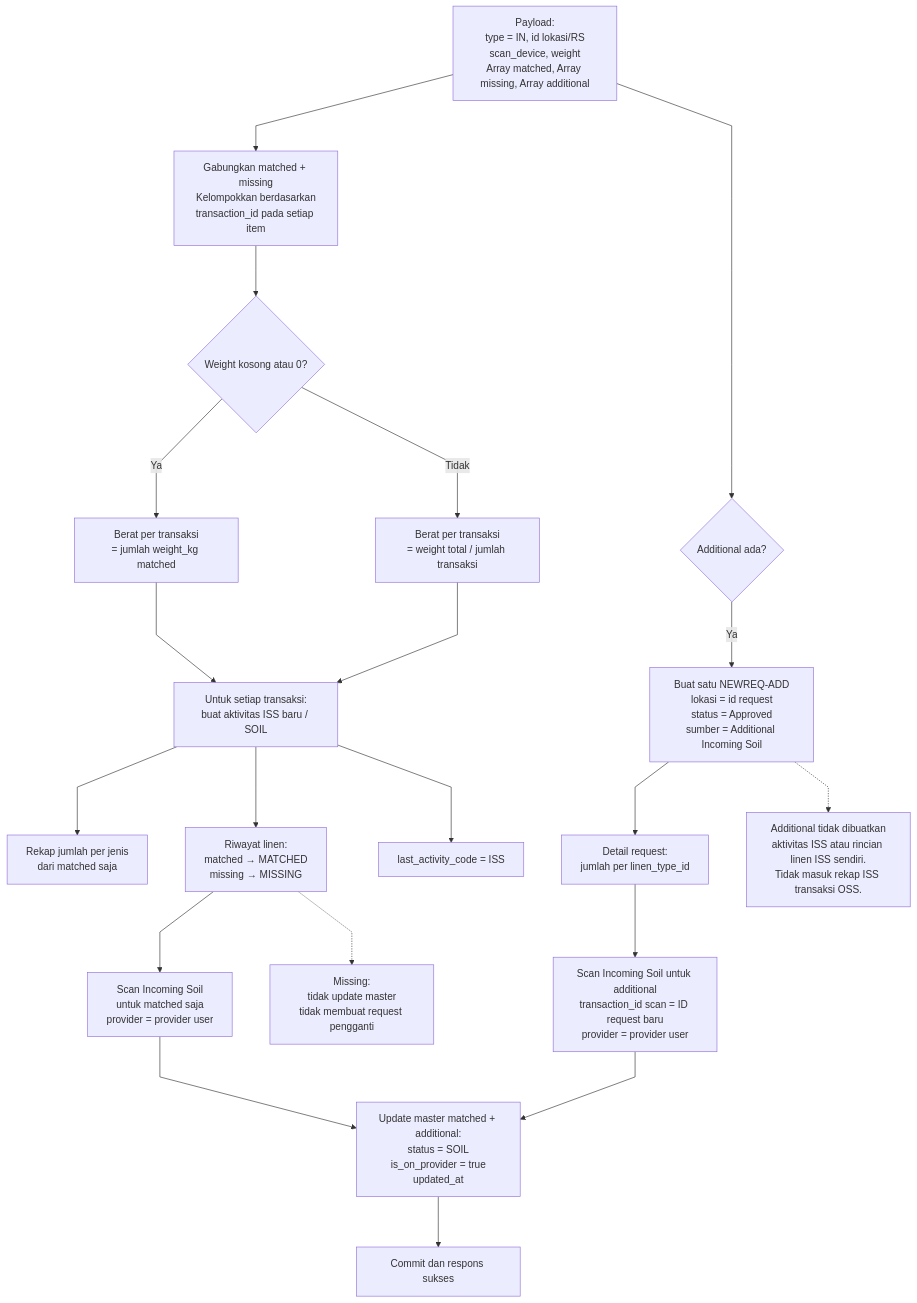
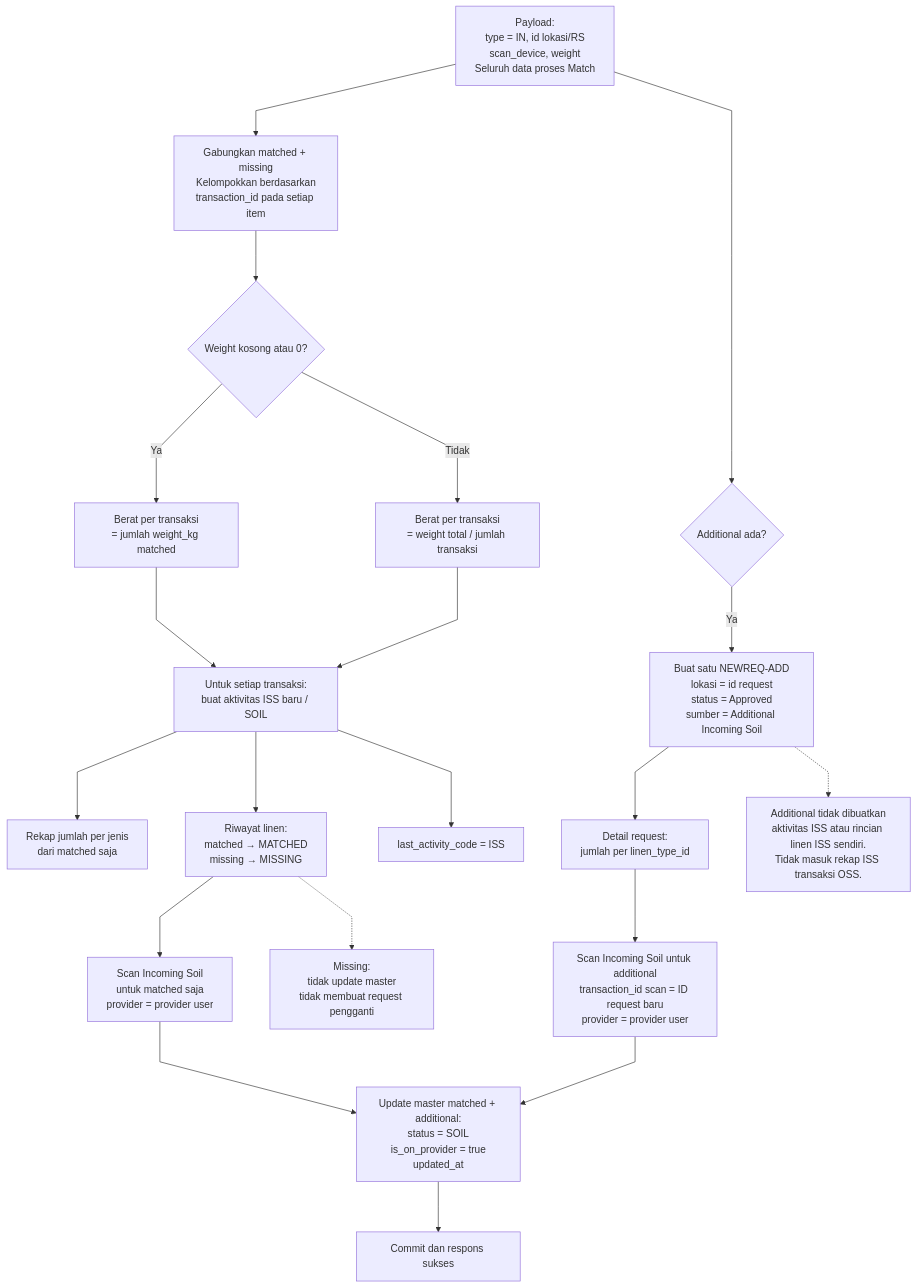
One commit to bagaskrmn/bac-flow-laundry changed the second of 3 diagrams in laundry-activities/incoming-soil.md. Above: the diagram before and after it, drawn with Mermaid. The commit also changed other lines of this file, not shown here.

````diff
--- a/laundry-activities/incoming-soil.md
+++ b/laundry-activities/incoming-soil.md
@@ -50,30 +54,30 @@
 ```mermaid
 %%{init: {'flowchart': {'curve': 'linear', 'nodeSpacing': 60, 'rankSpacing': 80, 'diagramPadding': 24}}}%%
 flowchart TD
-    N_IN["Payload:<br/>type = IN, id lokasi/RS<br/>scan_device, weight<br/>Array matched, Array missing, Array additional"]
+    N_IN["Payload:<br/>type = IN, id lokasi/RS<br/>scan_device, weight<br/>Seluruh data proses Match"]
 
     N_IN --> N_GROUP["Gabungkan matched + missing<br/>Kelompokkan berdasarkan<br/>transaction_id pada setiap item"]
 
     N_GROUP --> N_WEIGHT{"Weight kosong atau 0?"}
     N_WEIGHT -->|Ya| N_AUTO["Berat per transaksi<br/>= jumlah weight_kg matched"]
     N_WEIGHT -->|Tidak| N_SPLIT["Berat per transaksi<br/>= weight total / jumlah transaksi"]
     N_AUTO --> N_ACT["Untuk setiap transaksi:<br/>buat aktivitas ISS baru / SOIL"]
     N_SPLIT --> N_ACT
 
     N_ACT --> N_QTY["Rekap jumlah per jenis<br/>dari matched saja"]
     N_ACT --> N_DETAIL["Riwayat linen:<br/>matched → MATCHED<br/>missing → MISSING"]
     N_ACT --> N_TRX["last_activity_code = ISS"]
     N_DETAIL --> N_SCAN["Scan Incoming Soil<br/>untuk matched saja<br/>provider = provider user"]
 
     N_IN --> N_ADD{"Additional ada?"}
     N_ADD -->|Ya| N_REQ["Buat satu NEWREQ-ADD<br/>lokasi = id request<br/>status = Approved<br/>sumber = Additional Incoming Soil"]
     N_REQ --> N_REQDETAIL["Detail request:<br/>jumlah per linen_type_id"]
     N_REQDETAIL --> N_ADDSCAN["Scan Incoming Soil untuk additional<br/>transaction_id scan = ID request baru<br/>provider = provider user"]
 
     N_SCAN --> N_MASTER["Update master matched + additional:<br/>status = SOIL<br/>is_on_provider = true<br/>updated_at"]
     N_ADDSCAN --> N_MASTER
     N_MASTER --> N_DONE["Commit dan respons sukses"]
 
     N_DETAIL -.-> N_MNOTE["Missing:<br/>tidak update master<br/>tidak membuat request pengganti"]
     N_REQ -.-> N_ANOTE["Additional tidak dibuatkan<br/>aktivitas ISS atau rincian linen ISS sendiri.<br/>Tidak masuk rekap ISS transaksi OSS."]
 ```
````
